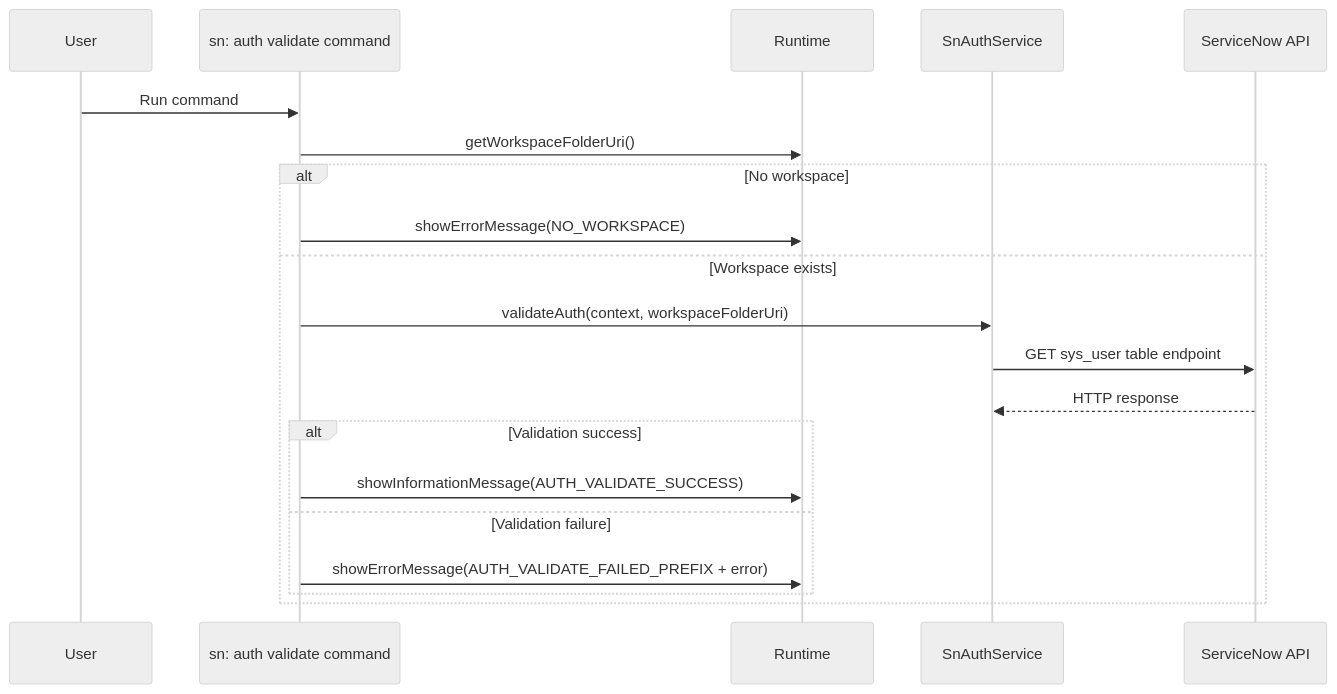
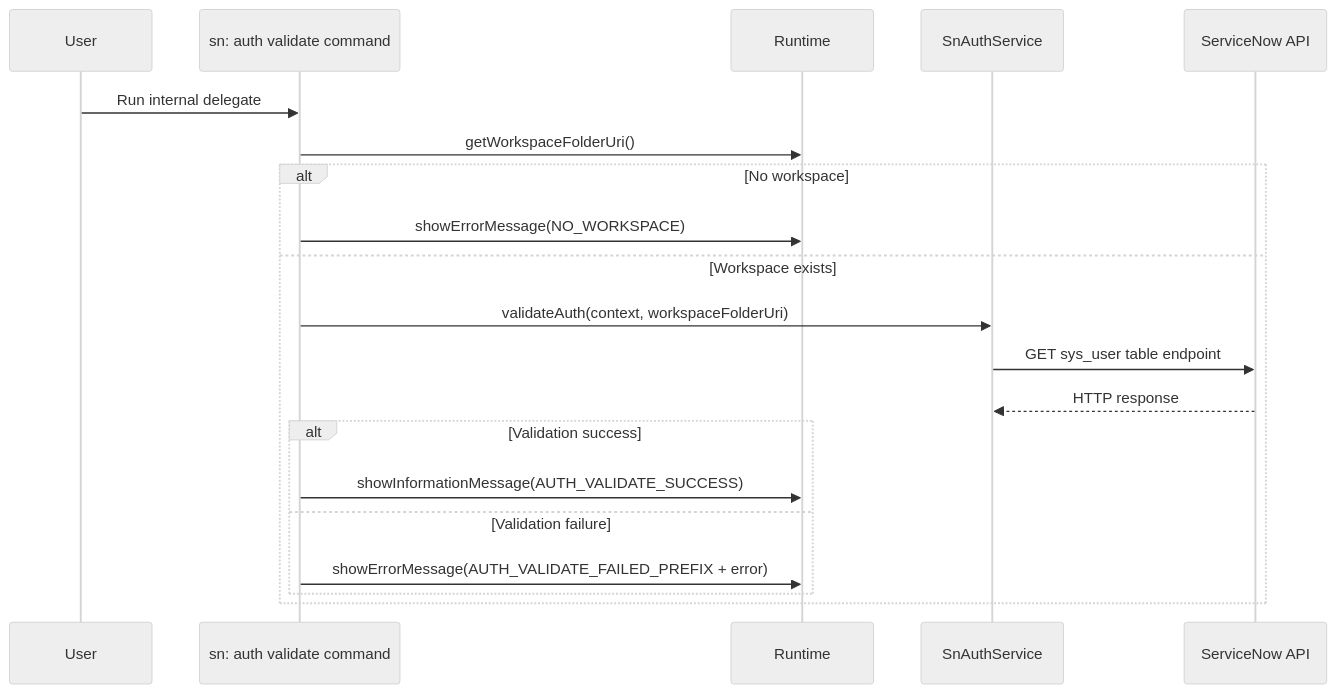
The diagram in docs/sn-auth-validate.md (AlexAlvarez092/sn-sync), drawn with Mermaid (neutral theme) before and after one commit. The commit also changed other lines of this file and 21 other files, not shown here.

````diff
--- a/docs/sn-auth-validate.md
+++ b/docs/sn-auth-validate.md
@@ -62,23 +64,23 @@
 ```mermaid
 sequenceDiagram
 	participant U as User
 	participant C as sn: auth validate command
 	participant R as Runtime
 	participant S as SnAuthService
 	participant N as ServiceNow API
 
-	U->>C: Run command
+	U->>C: Run internal delegate
 	C->>R: getWorkspaceFolderUri()
 	alt No workspace
 		C->>R: showErrorMessage(NO_WORKSPACE)
 	else Workspace exists
 		C->>S: validateAuth(context, workspaceFolderUri)
 		S->>N: GET sys_user table endpoint
 		N-->>S: HTTP response
 		alt Validation success
 			C->>R: showInformationMessage(AUTH_VALIDATE_SUCCESS)
 		else Validation failure
 			C->>R: showErrorMessage(AUTH_VALIDATE_FAILED_PREFIX + error)
 		end
 	end
 ```
````
